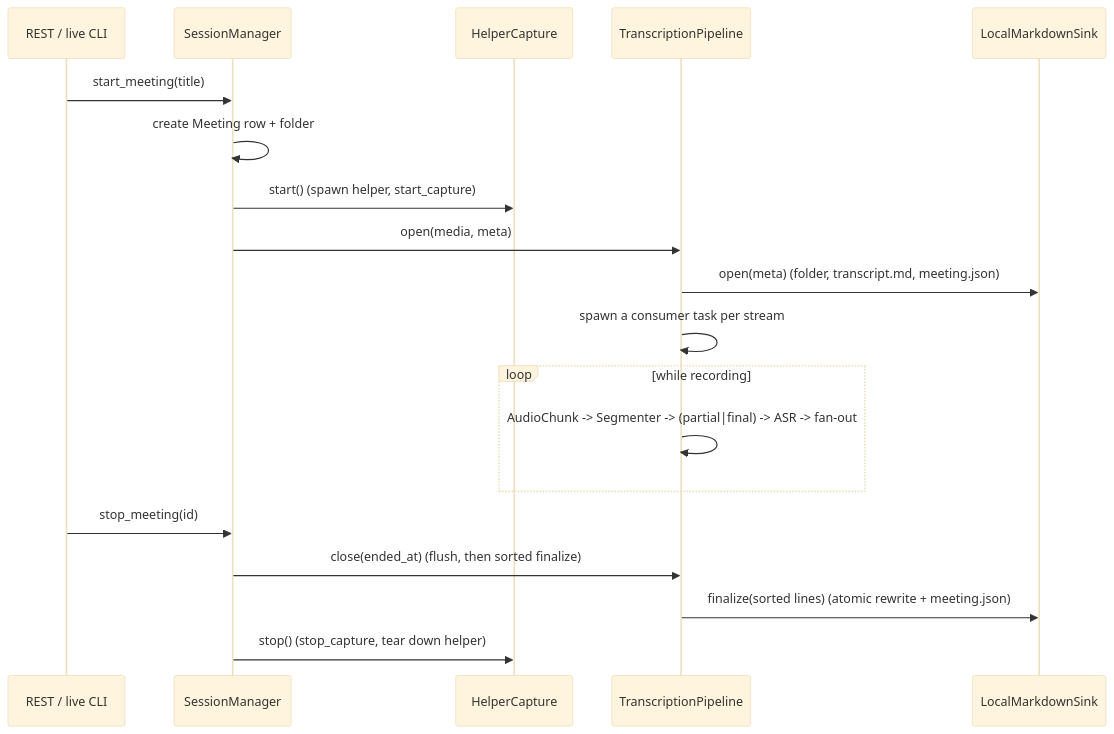
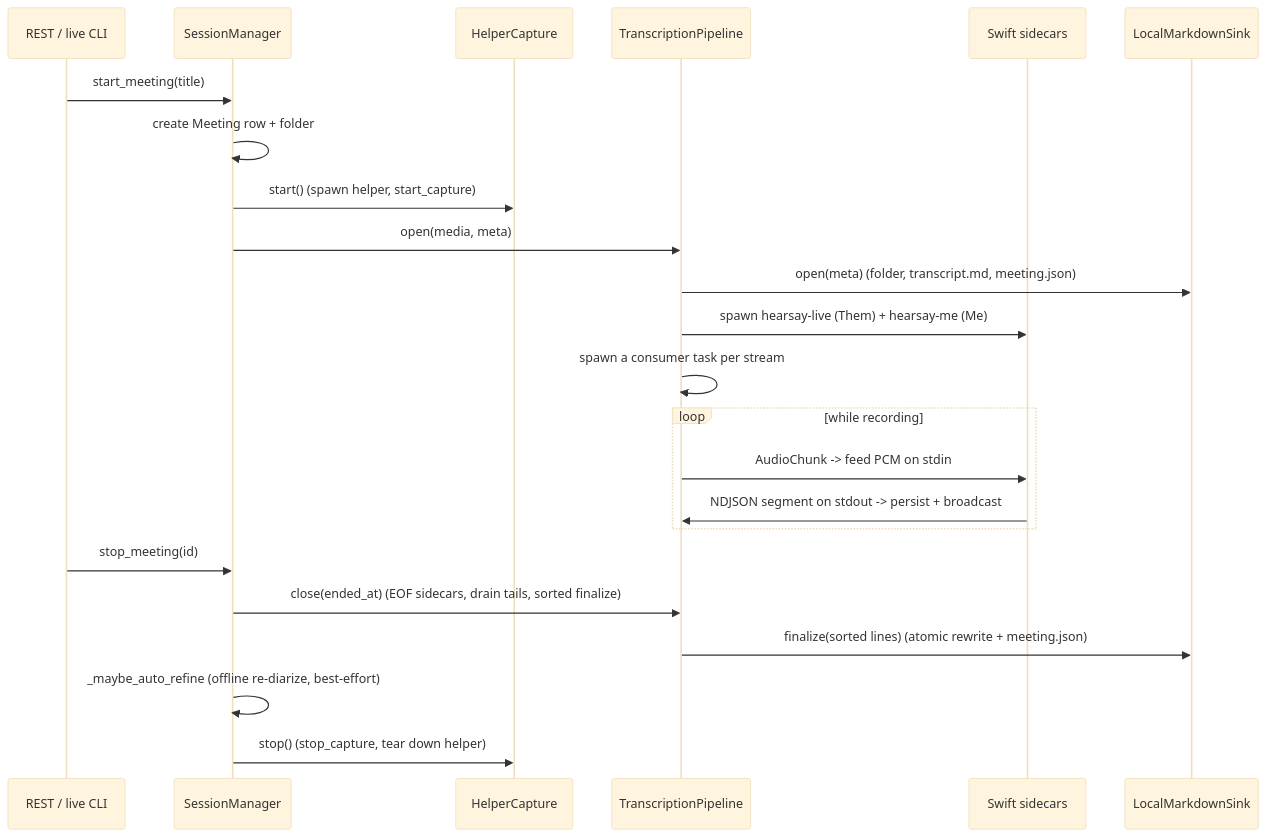
One commit to rwiseman87/hearsay changed the second of 2 diagrams in docs/pipeline.md. Above: the diagram before and after it, drawn with Mermaid (base theme). The commit also changed other lines of this file and 3 other files, not shown here.

First line of the commit message:
docs: rewrite architecture/pipeline/dev/api docs for the Swift sidecar pivot

````diff
--- a/docs/pipeline.md
+++ b/docs/pipeline.md
@@ -34,22 +43,26 @@
 ```mermaid
 sequenceDiagram
   participant API as REST / live CLI
   participant SM as SessionManager
   participant Cap as HelperCapture
   participant P as TranscriptionPipeline
+  participant Side as Swift sidecars
   participant Sink as LocalMarkdownSink
 
   API->>SM: start_meeting(title)
   SM->>SM: create Meeting row + folder
   SM->>Cap: start()  (spawn helper, start_capture)
   SM->>P: open(media, meta)
   P->>Sink: open(meta)  (folder, transcript.md, meeting.json)
+  P->>Side: spawn hearsay-live (Them) + hearsay-me (Me)
   P->>P: spawn a consumer task per stream
   loop while recording
-    P->>P: AudioChunk -> Segmenter -> (partial|final) -> ASR -> fan-out
+    P->>Side: AudioChunk -> feed PCM on stdin
+    Side->>P: NDJSON segment on stdout -> persist + broadcast
   end
   API->>SM: stop_meeting(id)
-  SM->>P: close(ended_at)  (flush, then sorted finalize)
+  SM->>P: close(ended_at)  (EOF sidecars, drain tails, sorted finalize)
   P->>Sink: finalize(sorted lines)  (atomic rewrite + meeting.json)
+  SM->>SM: _maybe_auto_refine (offline re-diarize, best-effort)
   SM->>Cap: stop()  (stop_capture, tear down helper)
 ```
````
